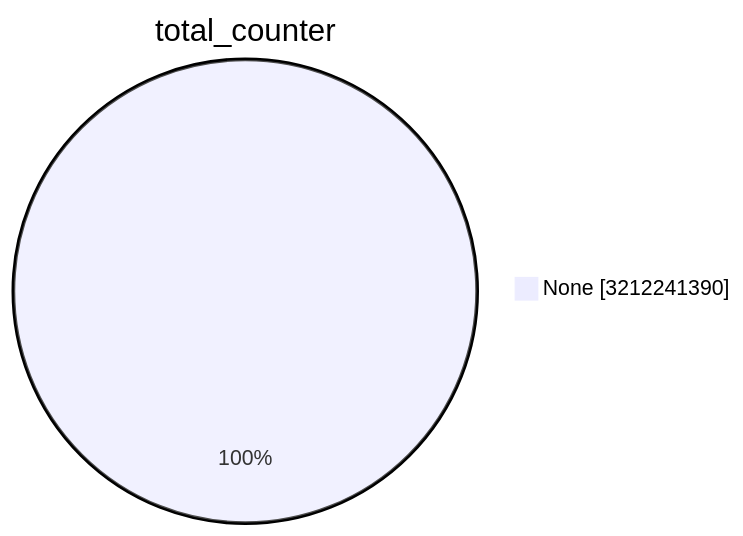
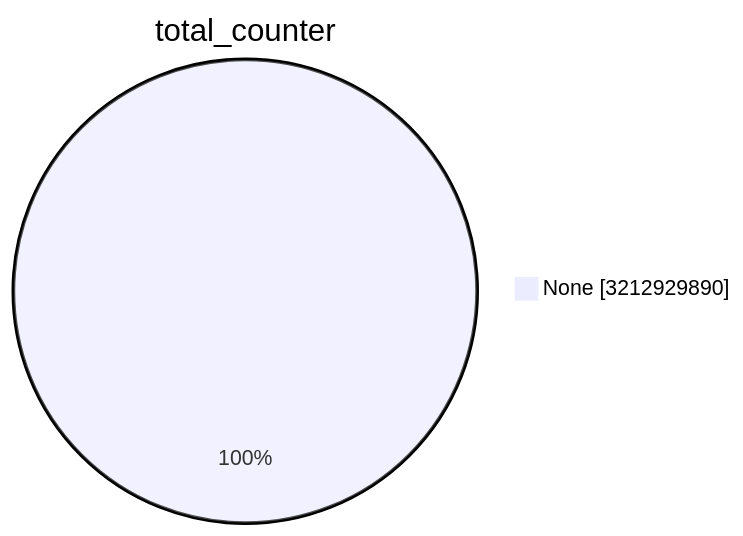
One commit to christiankrug/ctmonitor_visualization changed the first of 15 diagrams in TOTAL/README.md. Above: the diagram before and after it, drawn with Mermaid. The commit also changed other lines of this file, not shown here.

````diff
--- a/TOTAL/README.md
+++ b/TOTAL/README.md
@@ -1,5 +1,5 @@
 ```mermaid
 pie showData
 title total_counter
-"None" :3212241390
+"None" :3212929890
 ```
````
